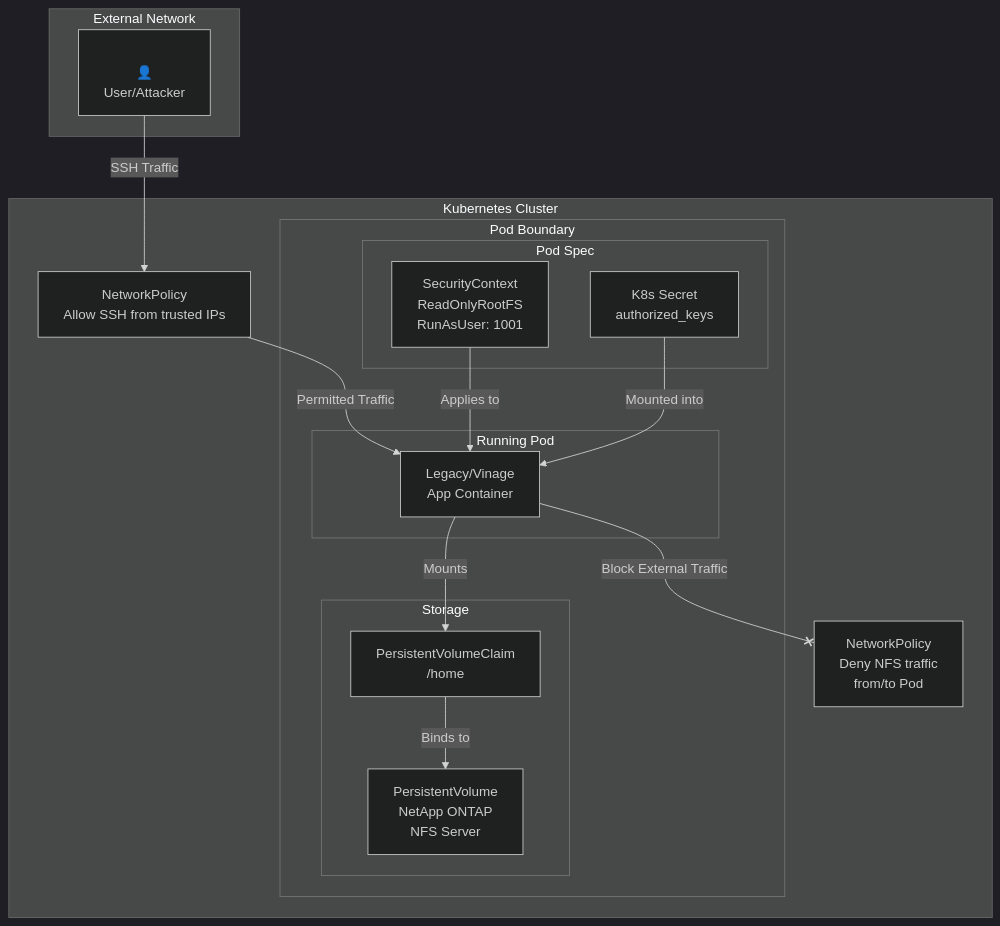
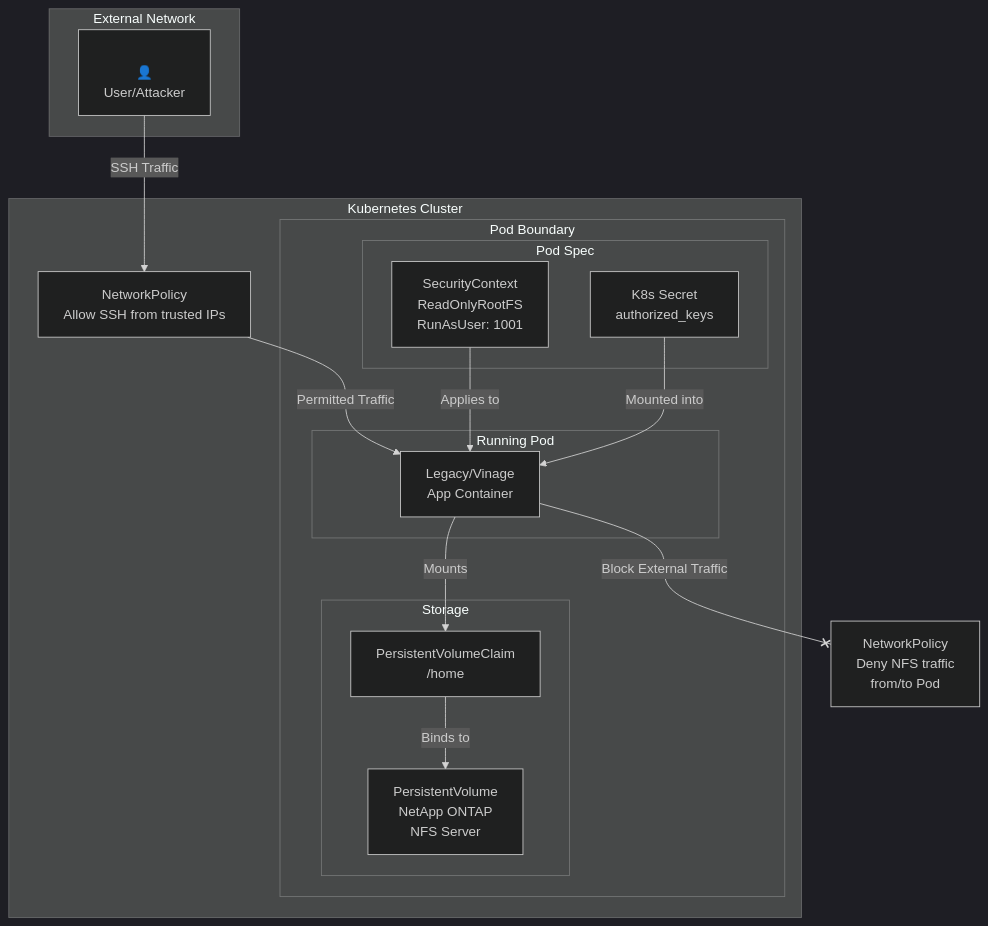
One commit to romdalf/romadams.com changed the third of 7 diagrams in docs/portfolio/ntap/nfsv4auth/index.md. Above: the diagram before and after it, drawn with Mermaid (dark theme).

Commit message:
update content

````diff
--- a/docs/portfolio/ntap/nfsv4auth/index.md
+++ b/docs/portfolio/ntap/nfsv4auth/index.md
@@ -173,38 +173,38 @@
 ```mermaid
 graph TD
     subgraph "External Network"
         User[<br>👤<br>User/Attacker]
     end
 
     subgraph "Kubernetes Cluster"
         NetPol[NetworkPolicy<br>Allow SSH from trusted IPs]
-        NetPolEgress[NetworkPolicy<br>Deny NFS traffic <br>from/to Pod]
 
         User -- "SSH Traffic" --> NetPol
 
         subgraph "Pod Boundary"            
             subgraph "Pod Spec"
                 SecContext[SecurityContext<br>ReadOnlyRootFS<br>RunAsUser: 1001]
                 K8sSecrets[K8s Secret<br>authorized_keys]
             end
 
             subgraph "Running Pod"
                 Container[Legacy/Vinage<br>App Container]
             end
             
             subgraph "Storage"
                PVC[PersistentVolumeClaim<br>/home]
                PV[PersistentVolume<br>NetApp ONTAP<br>NFS Server]  
             end
         end
         
 
         NetPol -- "Permitted Traffic" --> Container
         SecContext -- "Applies to" --> Container
         K8sSecrets -- "Mounted into" --> Container
         Container -- "Mounts" --> PVC
         PVC -- "Binds to" --> PV
     end
+    NetPolEgress[NetworkPolicy<br>Deny NFS traffic <br>from/to Pod]
     Container -- "Block External Traffic" --x NetPolEgress
 
 ``` 
````
